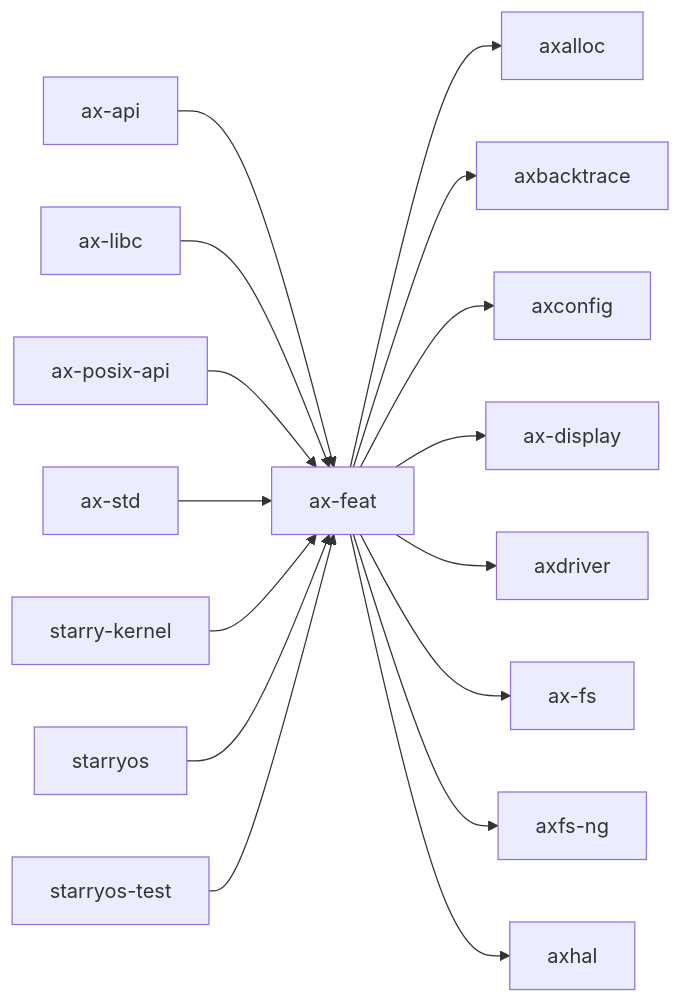
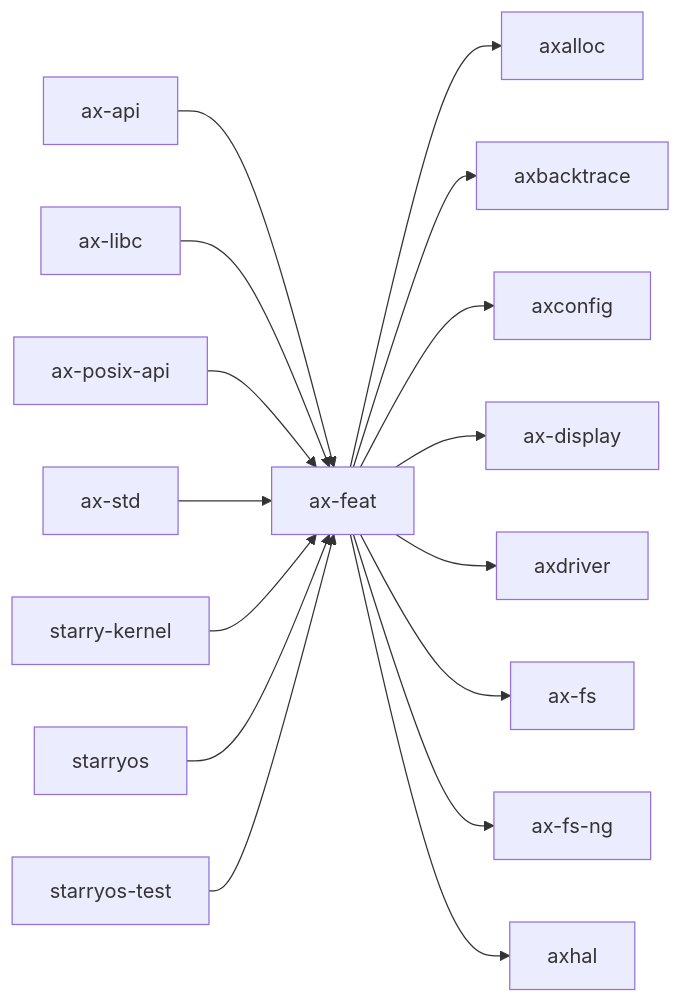
The diagram in docs/crates/ax-feat.md (rcore-os/tgoskits), drawn with Mermaid before and after one commit. The commit also changed other lines of this file and 37 other files, not shown here.

````diff
--- a/docs/crates/ax-feat.md
+++ b/docs/crates/ax-feat.md
@@ -31,19 +31,19 @@
 ```mermaid
 graph LR
     current["ax-feat"]
     current --> axalloc["axalloc"]
     current --> axbacktrace["axbacktrace"]
     current --> axconfig["axconfig"]
     current --> ax-display["ax-display"]
     current --> axdriver["axdriver"]
     current --> ax-fs["ax-fs"]
-    current --> axfs_ng["axfs-ng"]
+    current --> axfs_ng["ax-fs-ng"]
     current --> axhal["axhal"]
     ax_api["ax-api"] --> current
     ax_libc["ax-libc"] --> current
     ax_posix_api["ax-posix-api"] --> current
     ax_std["ax-std"] --> current
     starry_kernel["starry-kernel"] --> current
     starryos["starryos"] --> current
     starryos_test["starryos-test"] --> current
 ```
````
